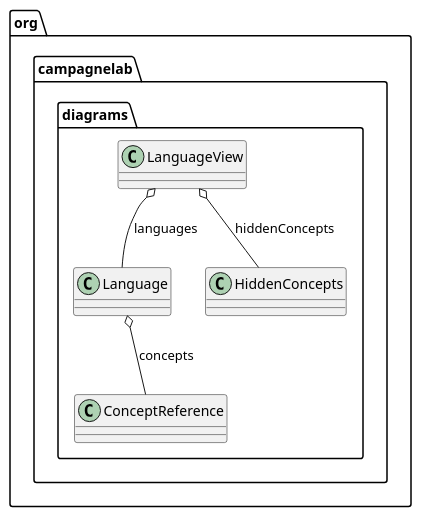
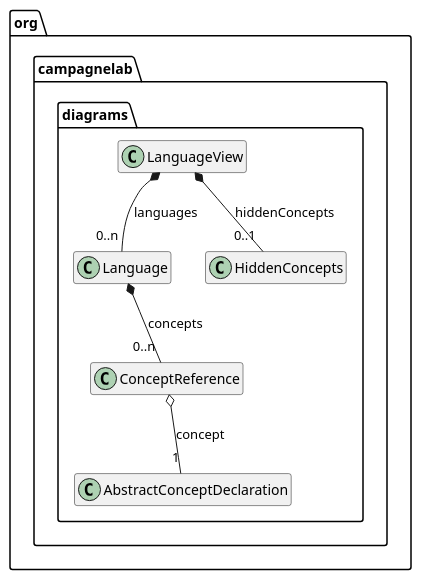
The diagram in solutions/Sandbox/classes_gen/Self/SelfView.puml (CampagneLaboratory/UML_Diagrams), drawn with PlantUML before and after one commit. The commit also changed 40 other files, not shown here.

Commit message:
Distinguish between composition and aggregation, in the UML sense (child relations are composition in the UML sense, and MPS reference are aggregation in the UML sense). Show extends and concept interfaces implemented by concepts. Fix the hide feature.

```diff
--- a/solutions/Sandbox/classes_gen/Self/SelfView.puml
+++ b/solutions/Sandbox/classes_gen/Self/SelfView.puml
@@ -1,17 +1,21 @@
 @startuml
 
 package org.campagnelab.diagrams {
 
 class LanguageView {
 }
-LanguageView o-- Language : languages
-LanguageView o-- HiddenConcepts : hiddenConcepts
+hide empty members
+LanguageView *-- "0..n" Language : languages
+LanguageView *-- "0..1" HiddenConcepts : hiddenConcepts
 
 class ConceptReference {
 }
+hide empty members
+ConceptReference o-- "1"AbstractConceptDeclaration : concept
 
 class Language {
 }
-Language o-- ConceptReference : concepts
+hide empty members
+Language *-- "0..n" ConceptReference : concepts
 }
 @enduml
```
